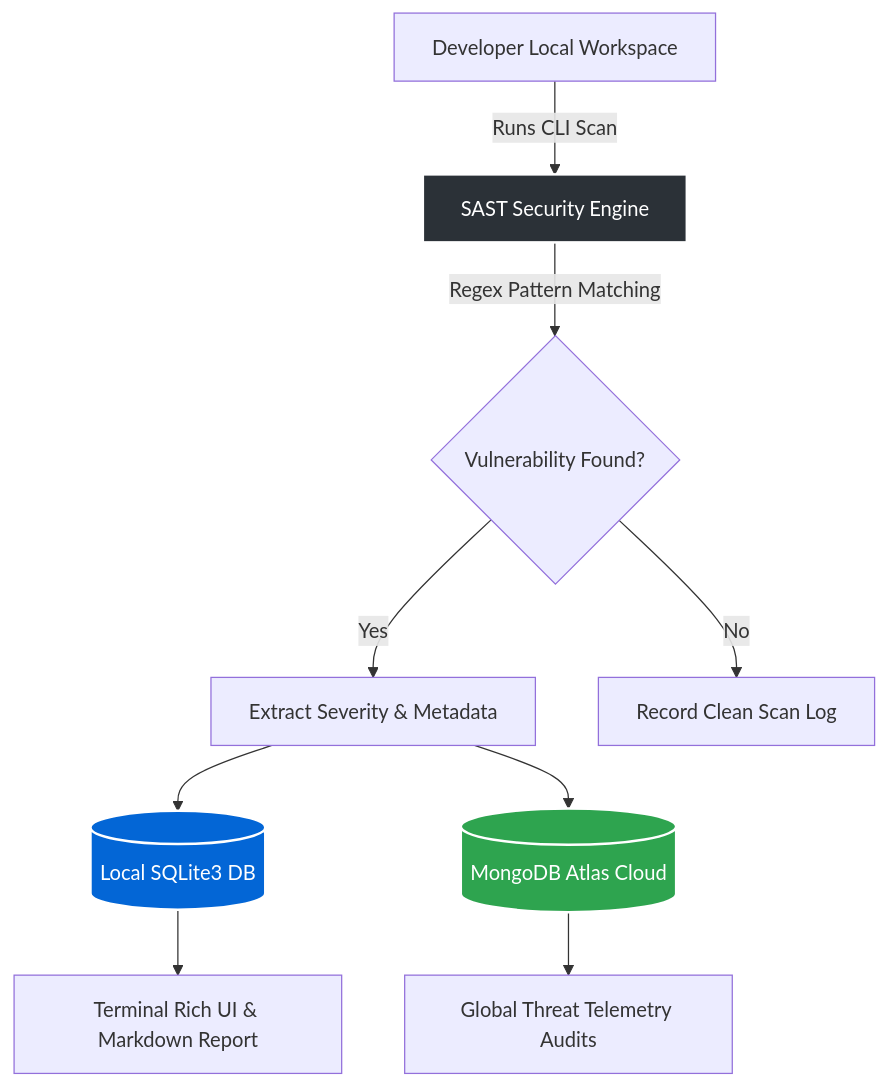
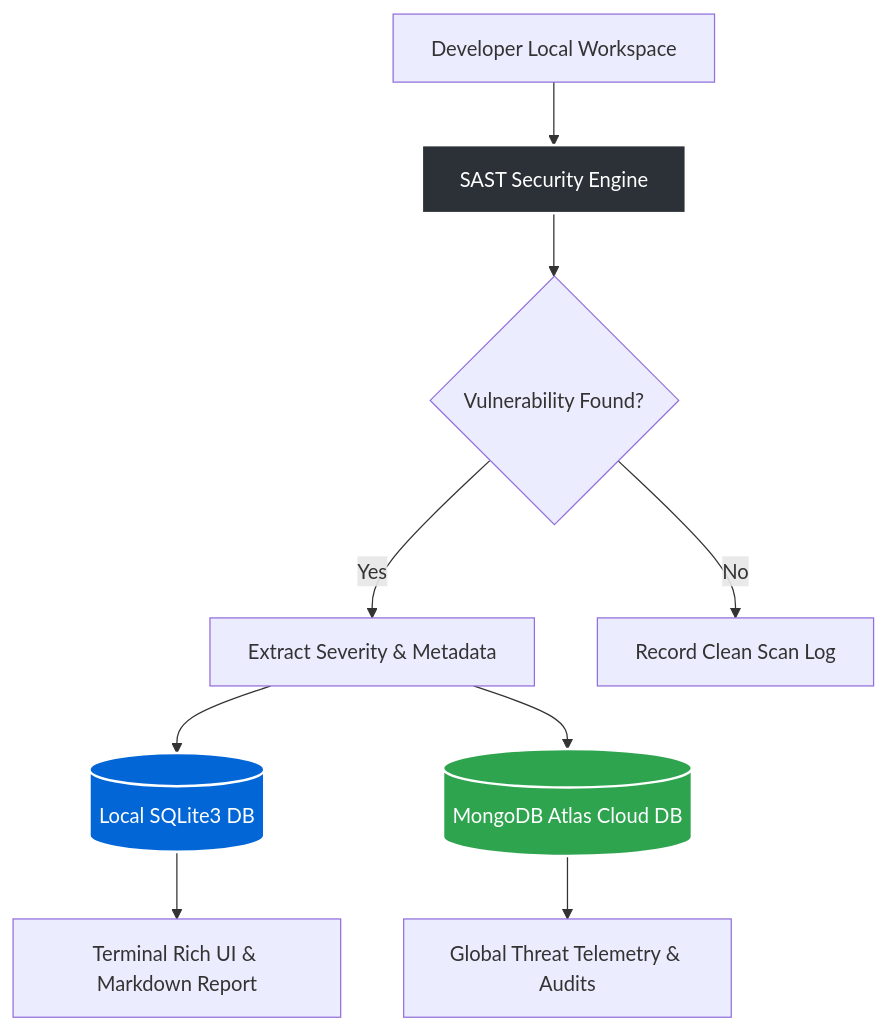
Before and after one commit to rajeshgurindapalli15-crypto/sast-security-analyzer: the diagram in README.md, drawn with Mermaid.

````diff
--- a/README.md
+++ b/README.md
@@ -15,18 +15,15 @@
 ```mermaid
 graph TD
-    A["Developer Local Workspace"] -->|Runs CLI Scan| B["SAST Security Engine"]
-    B -->|Regex Pattern Matching| C{"Vulnerability Found?"}
-    
+    A["Developer Local Workspace"] --> B["SAST Security Engine"]
+    B --> C{"Vulnerability Found?"}
     C -->|Yes| D["Extract Severity & Metadata"]
     C -->|No| E["Record Clean Scan Log"]
-    
     D --> F[("Local SQLite3 DB")]
-    D --> G[("MongoDB Atlas Cloud")]
-    
+    D --> G[("MongoDB Atlas Cloud DB")]
     F --> H["Terminal Rich UI & Markdown Report"]
-    G --> I["Global Threat Telemetry Audits"]
+    G --> I["Global Threat Telemetry & Audits"]
     style B fill:#2b3137,stroke:#fff,stroke-width:2px,color:#fff
     style F fill:#0366d6,stroke:#fff,stroke-width:2px,color:#fff
     style G fill:#2ea44f,stroke:#fff,stroke-width:2px,color:#fff
 
 ```
````
